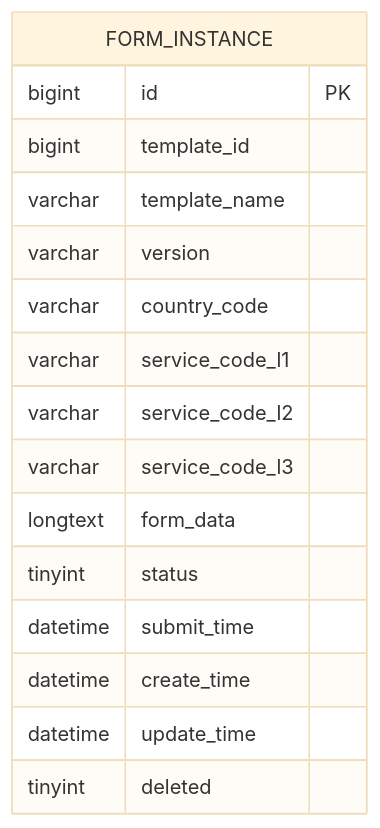
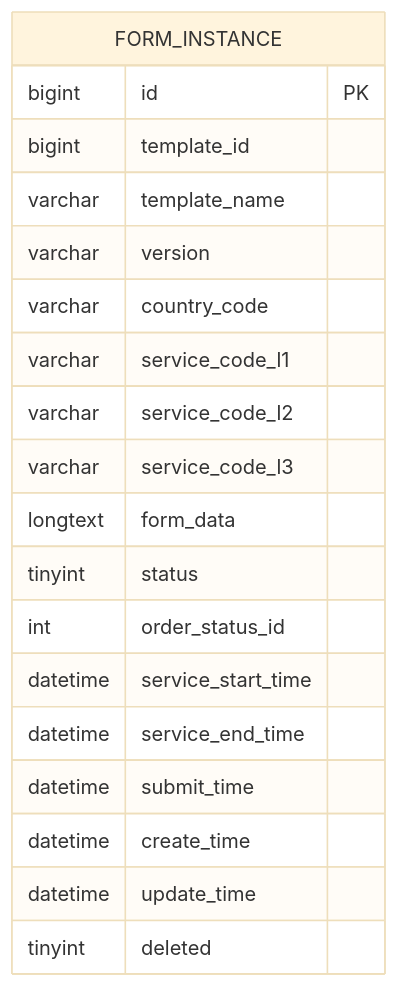
The fifth of 6 diagrams in .qoder/repowiki/zh/content/部署配置指南/数据库初始化.md (NJMrLi/genetics), drawn with Mermaid (base theme) before and after one commit. The commit also changed other lines of this file and 152 other files, not shown here.

````diff
--- a/.qoder/repowiki/zh/content/部署配置指南/数据库初始化.md
+++ b/.qoder/repowiki/zh/content/部署配置指南/数据库初始化.md
@@ -275,19 +293,22 @@
 ```mermaid
 erDiagram
 FORM_INSTANCE {
 bigint id PK
 bigint template_id
 varchar template_name
 varchar version
 varchar country_code
 varchar service_code_l1
 varchar service_code_l2
 varchar service_code_l3
 longtext form_data
 tinyint status
+int order_status_id
+datetime service_start_time
+datetime service_end_time
 datetime submit_time
 datetime create_time
 datetime update_time
 tinyint deleted
 }
 ```
````
